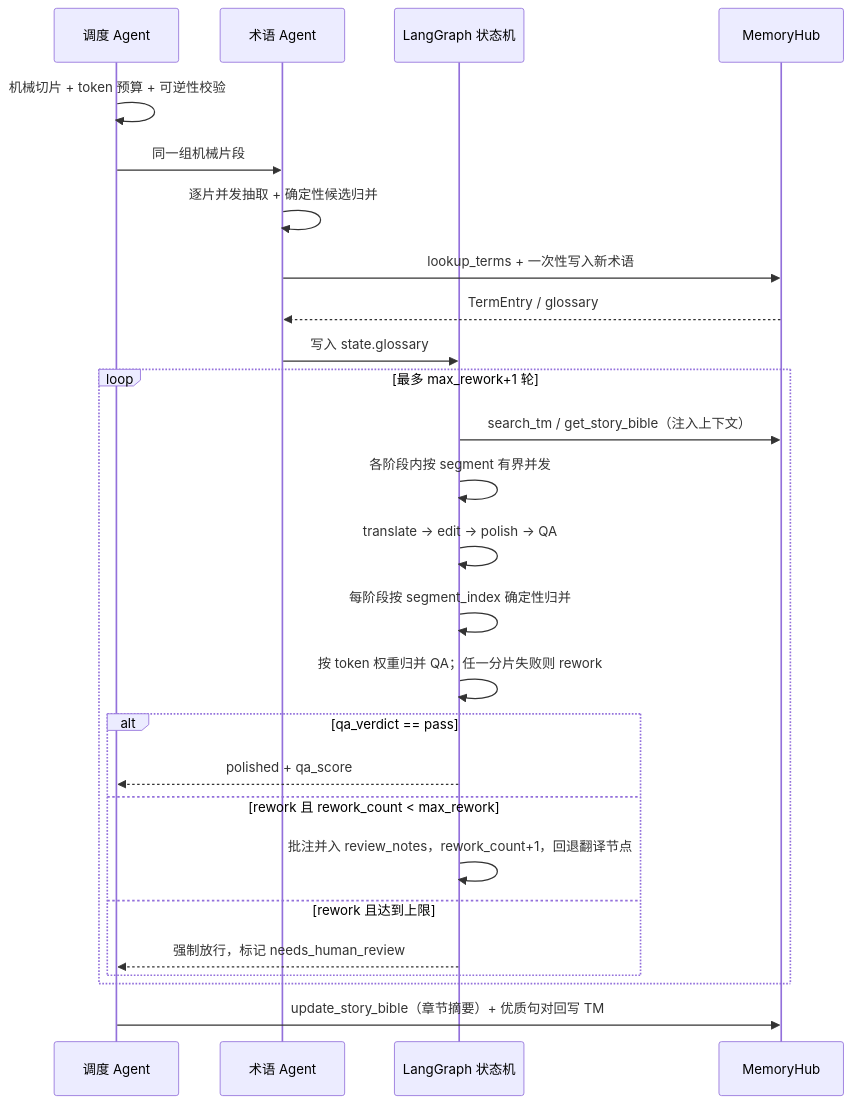
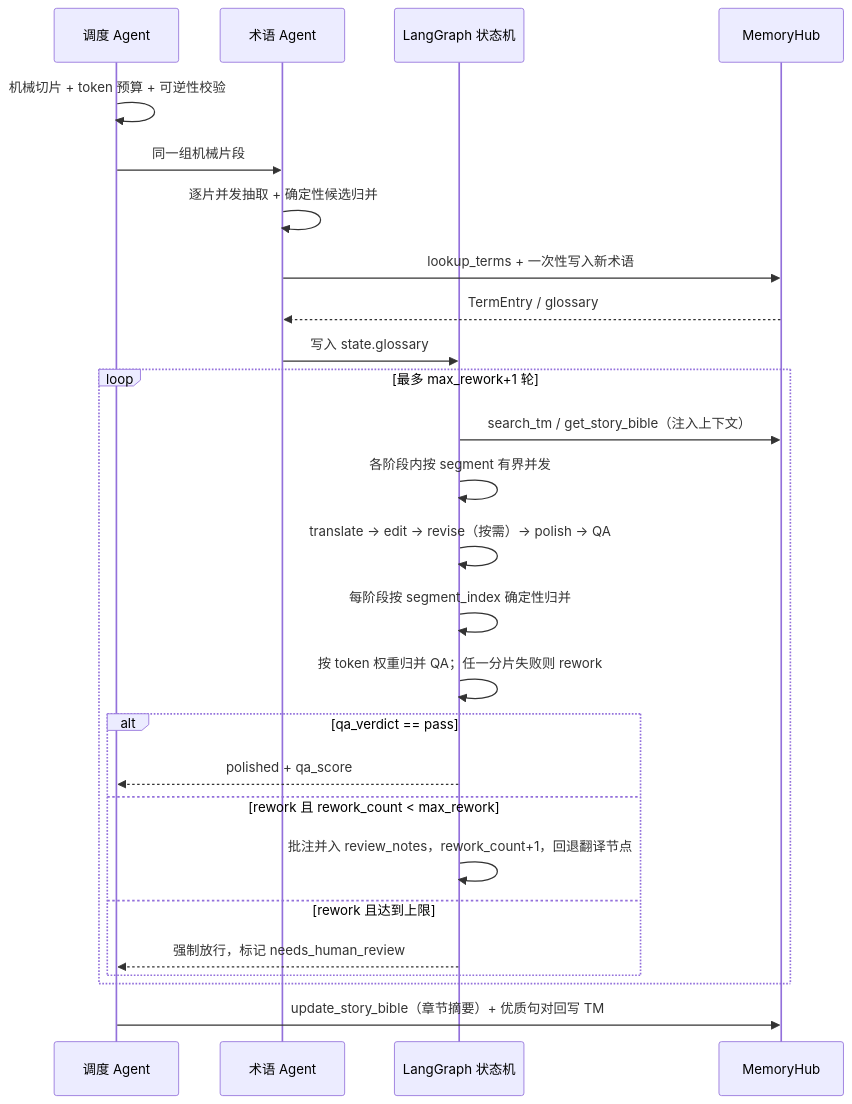
One commit to Ryan7RWZ/MultiAgent-Novel-Translation changed the second of 3 diagrams in docs/architecture.md. Above: the diagram before and after it, drawn with Mermaid. The commit also changed other lines of this file and 18 other files, not shown here.

````diff
--- a/docs/architecture.md
+++ b/docs/architecture.md
@@ -115,29 +116,29 @@
 ```mermaid
 sequenceDiagram
     participant O as 调度 Agent
     participant G as 术语 Agent
     participant S as LangGraph 状态机
     participant M as MemoryHub
 
     O->>O: 机械切片 + token 预算 + 可逆性校验
     O->>G: 同一组机械片段
     G->>G: 逐片并发抽取 + 确定性候选归并
     G->>M: lookup_terms + 一次性写入新术语
     M-->>G: TermEntry / glossary
     G->>S: 写入 state.glossary
     loop 最多 max_rework+1 轮
         S->>M: search_tm / get_story_bible（注入上下文）
         S->>S: 各阶段内按 segment 有界并发
-        S->>S: translate → edit → polish → QA
+        S->>S: translate → edit → revise（按需）→ polish → QA
         S->>S: 每阶段按 segment_index 确定性归并
         S->>S: 按 token 权重归并 QA；任一分片失败则 rework
         alt qa_verdict == pass
             S-->>O: polished + qa_score
         else rework 且 rework_count < max_rework
             S->>S: 批注并入 review_notes，rework_count+1，回退翻译节点
         else rework 且达到上限
             S-->>O: 强制放行，标记 needs_human_review
         end
     end
     O->>M: update_story_bible（章节摘要）+ 优质句对回写 TM
 ```
````
